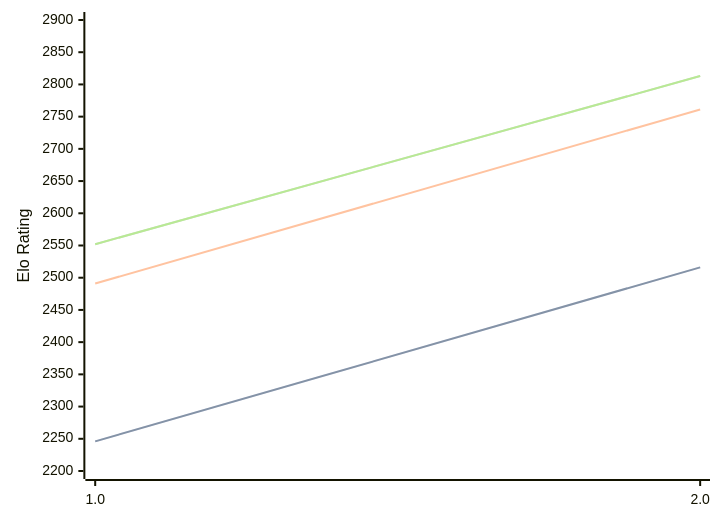
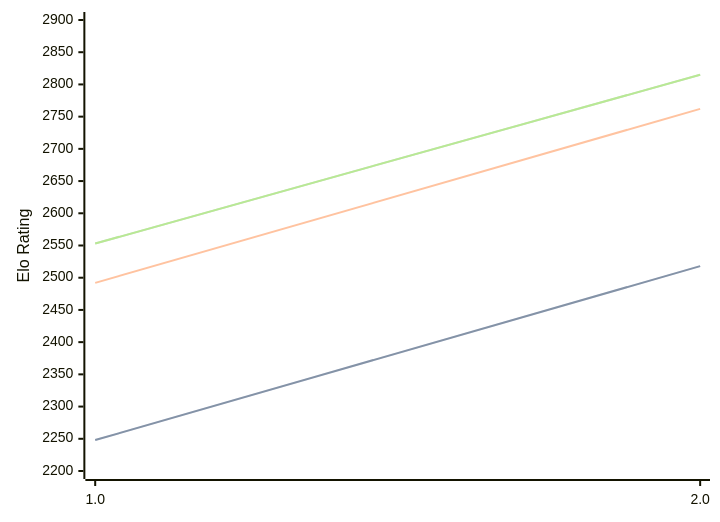
The diagram in engines/Revolver.md (computer-chess-index/cci), drawn with Mermaid before and after one commit. The commit also changed other lines of this file, not shown here.

Commit message:
Update CCI Ratings (ELO VLTC) - 2026-07-24

````diff
--- a/engines/Revolver.md
+++ b/engines/Revolver.md
@@ -32,11 +32,11 @@
 ```mermaid
 %%{init: {"theme":"base","themeVariables":{"seriesColors:['#a3a3a3','#222221','#faa371']}}}%%
 xychart-beta
   x-axis ["1.0", "2.0"]
   y-axis "Elo Rating" 2200 --> 2900
-  line "STC (8.0+0.08s)" [2246, 2516]
-  line "STC (8.0+0.08s)" [2246, 2516]
-  line "LTC (60.0+0.60s)" [2491, 2761]
-  line "VLTC (2m24s+1.12s)" [2552, 2813]
-  line "VLTC (2m24s+1.12s)" [2552, 2813]
+  line "STC (8.0+0.08s)" [2248, 2518]
+  line "STC (8.0+0.08s)" [2248, 2518]
+  line "LTC (60.0+0.60s)" [2492, 2762]
+  line "VLTC (2m24s+1.12s)" [2553, 2815]
+  line "VLTC (2m24s+1.12s)" [2553, 2815]
 ```
````
